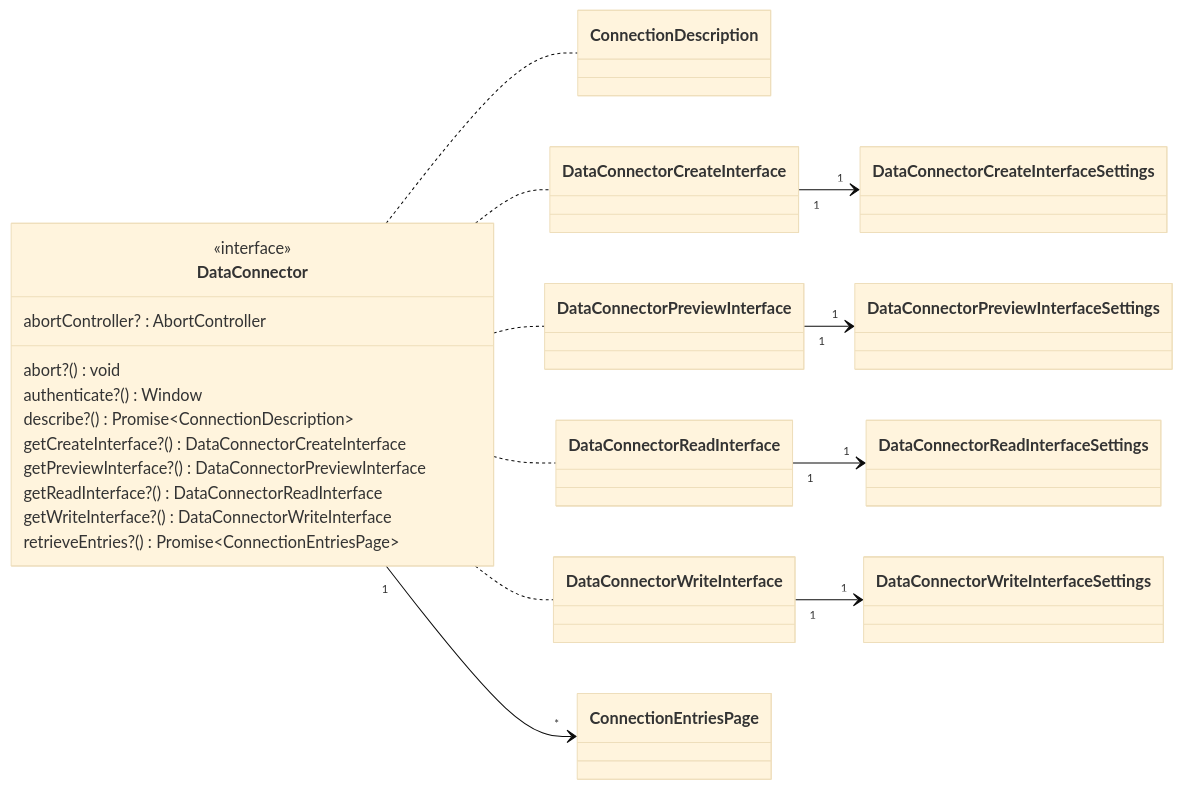
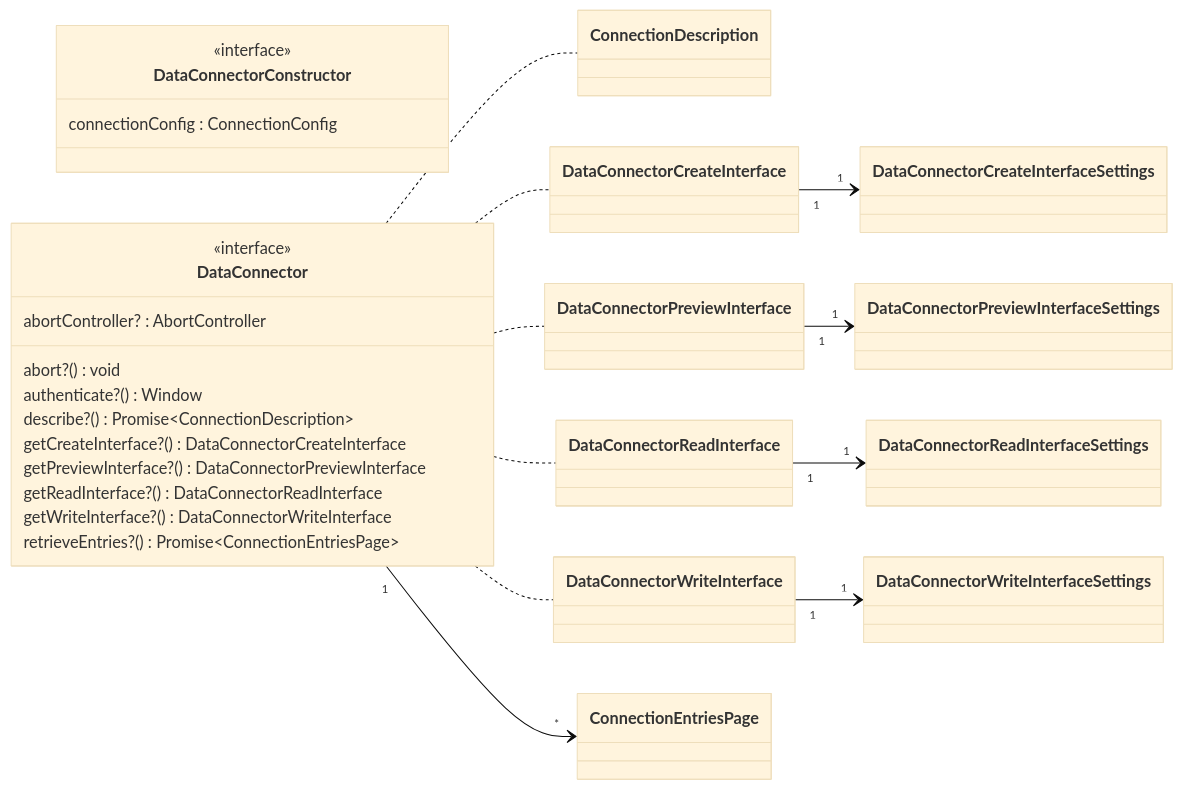
One commit to data-positioning/datapos-shared changed the sixth of 16 diagrams in README.md. Above: the diagram before and after it, drawn with Mermaid (base theme). The commit also changed 2 other files, not shown here.

````diff
--- a/README.md
+++ b/README.md
@@ -208,28 +208,33 @@
 ```mermaid
 classDiagram
     direction LR
+
+    class DataConnectorConstructor {
+        <<interface>>
+        connectionConfig : ConnectionConfig
+    }
 
     class DataConnector {
         <<interface>>
         abortController? :  AbortController
         abort?() void
         authenticate?() Window
         describe?() Promise~ConnectionDescription~
         getCreateInterface?() DataConnectorCreateInterface
         getPreviewInterface?() DataConnectorPreviewInterface
         getReadInterface?() DataConnectorReadInterface
         getWriteInterface?() DataConnectorWriteInterface
         retrieveEntries?() Promise~ConnectionEntriesPage~
     }
 
     DataConnector .. ConnectionDescription
     DataConnector .. DataConnectorCreateInterface
     DataConnectorCreateInterface "1" --> "1" DataConnectorCreateInterfaceSettings
     DataConnector .. DataConnectorPreviewInterface
     DataConnectorPreviewInterface "1" --> "1" DataConnectorPreviewInterfaceSettings
     DataConnector .. DataConnectorReadInterface
     DataConnectorReadInterface "1" --> "1" DataConnectorReadInterfaceSettings
     DataConnector .. DataConnectorWriteInterface
     DataConnectorWriteInterface "1" --> "1" DataConnectorWriteInterfaceSettings
     DataConnector "1" --> "*" ConnectionEntriesPage
 ```
````
